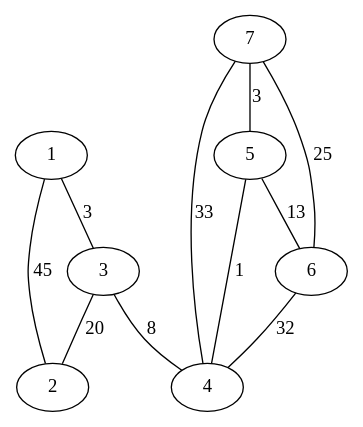
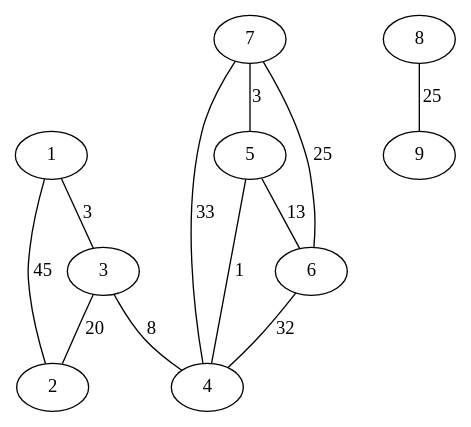
Before and after one commit to progressaoufba/kruskal: the diagram in grafoin.dot, drawn with Graphviz. The commit also changed 14 other files, not shown here.

```diff
--- a/grafoin.dot
+++ b/grafoin.dot
@@ -1,13 +1,14 @@
-# 7 10
+# 9 11
 graph G {
   1 -- 2 [label=45];
   1 -- 3 [label=3];
   3 -- 4 [label=8];
   3 -- 2 [label=20];
   5 -- 6 [label=13];
   5 -- 4 [label=1];
   6 -- 4 [label=32];
   7 -- 4 [label=33];
   7 -- 5 [label=3];
   7 -- 6 [label=25];
+  8 -- 9 [label=25];
 }
```
